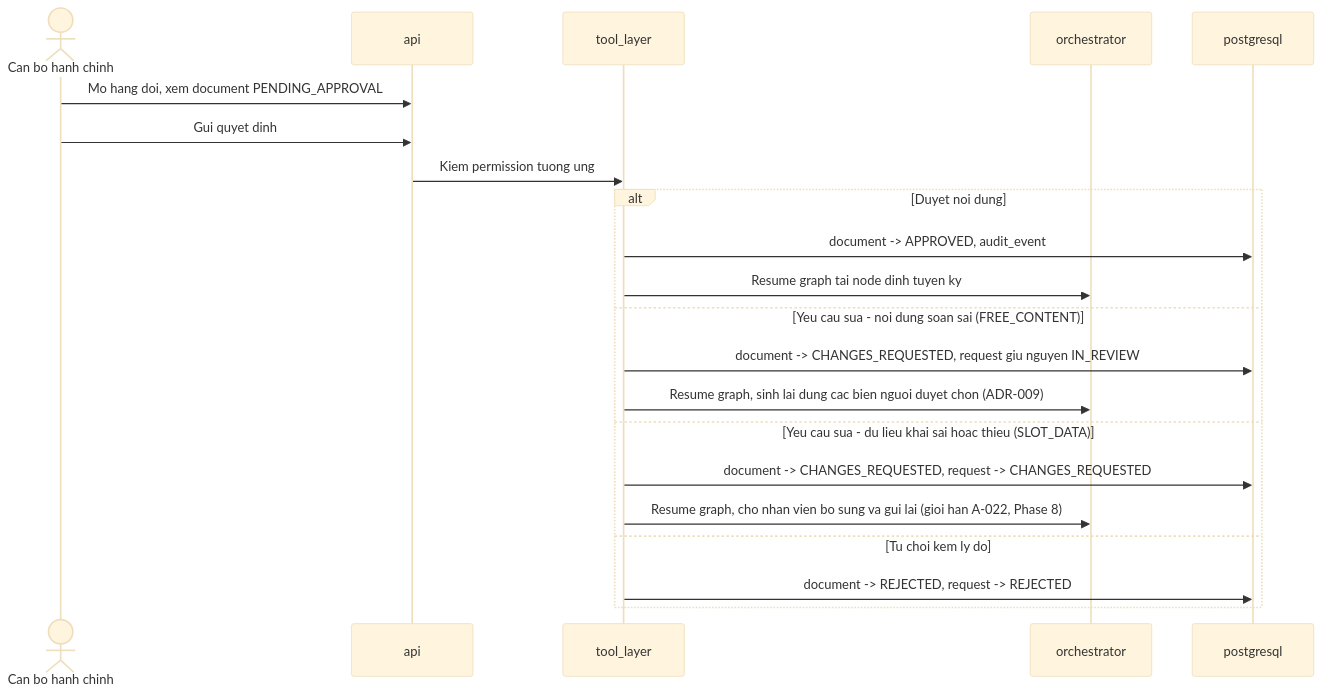
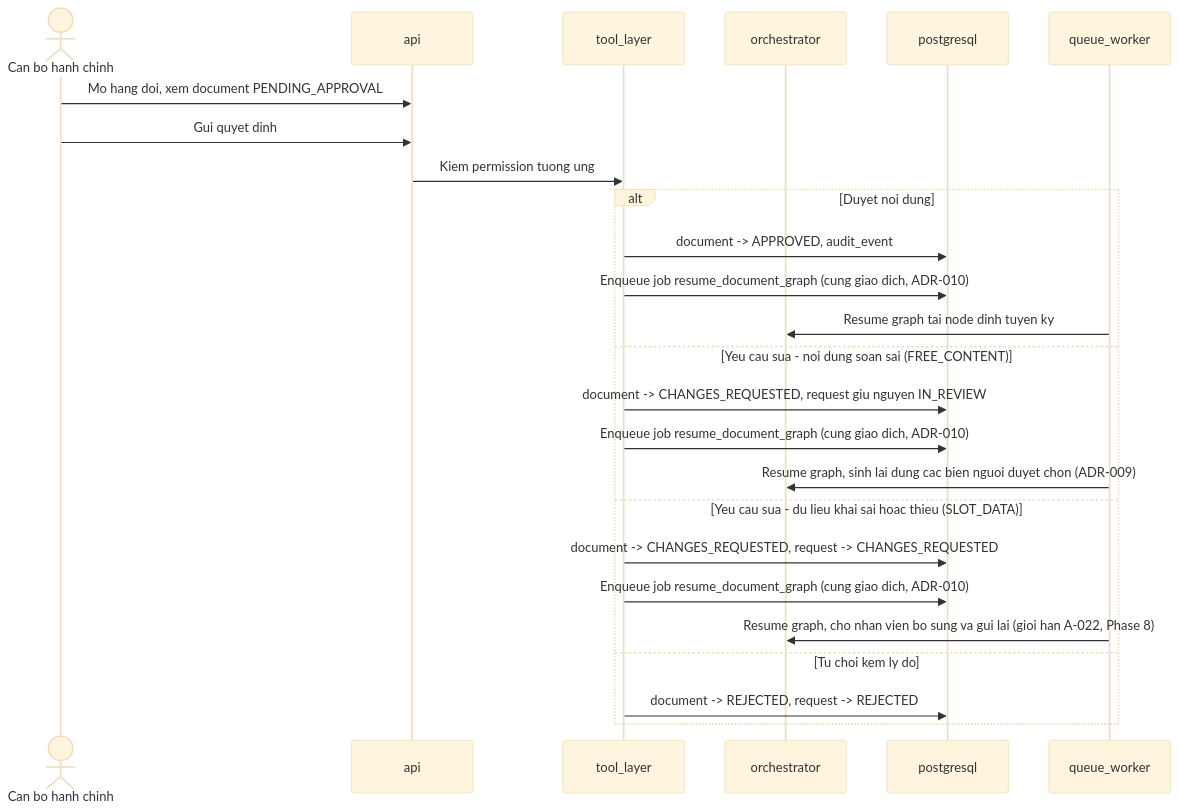
The eighth of 11 diagrams in docs/design/02-architecture.md (CongDuc02/AdminServiceDeskAgent), drawn with Mermaid (base theme) before and after one commit. The commit also changed other lines of this file and 9 other files, not shown here.

Commit message:
Phase 3: Agent & Tool Architecture

````diff
--- a/docs/design/02-architecture.md
+++ b/docs/design/02-architecture.md
@@ -378,24 +378,28 @@
 ```mermaid
 sequenceDiagram
     actor CB as Can bo hanh chinh
     participant API as api
     participant TL as tool_layer
     participant ORC as orchestrator
     participant DB as postgresql
+    participant Worker as queue_worker
 
     CB->>API: Mo hang doi, xem document PENDING_APPROVAL
     CB->>API: Gui quyet dinh
     API->>TL: Kiem permission tuong ung
     alt Duyet noi dung
         TL->>DB: document -> APPROVED, audit_event
-        TL->>ORC: Resume graph tai node dinh tuyen ky
+        TL->>DB: Enqueue job resume_document_graph (cung giao dich, ADR-010)
+        Worker->>ORC: Resume graph tai node dinh tuyen ky
     else Yeu cau sua - noi dung soan sai (FREE_CONTENT)
         TL->>DB: document -> CHANGES_REQUESTED, request giu nguyen IN_REVIEW
-        TL->>ORC: Resume graph, sinh lai dung cac bien nguoi duyet chon (ADR-009)
+        TL->>DB: Enqueue job resume_document_graph (cung giao dich, ADR-010)
+        Worker->>ORC: Resume graph, sinh lai dung cac bien nguoi duyet chon (ADR-009)
     else Yeu cau sua - du lieu khai sai hoac thieu (SLOT_DATA)
         TL->>DB: document -> CHANGES_REQUESTED, request -> CHANGES_REQUESTED
-        TL->>ORC: Resume graph, cho nhan vien bo sung va gui lai (gioi han A-022, Phase 8)
+        TL->>DB: Enqueue job resume_document_graph (cung giao dich, ADR-010)
+        Worker->>ORC: Resume graph, cho nhan vien bo sung va gui lai (gioi han A-022, Phase 8)
     else Tu choi kem ly do
         TL->>DB: document -> REJECTED, request -> REJECTED
     end
 ```
````
